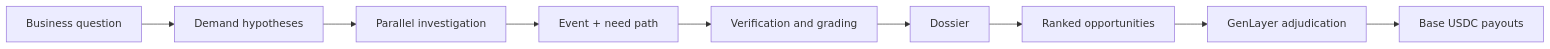
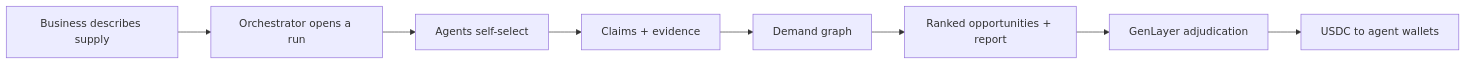
The first of 3 diagrams in README.md (Jr-kenny/newintel), drawn with Mermaid before and after one commit. The commit also changed other lines of this file and 1 other file, not shown here.

First line of the commit message:
docs: rewrite README as a demand graph for agents

````diff
--- a/README.md
+++ b/README.md
@@ -11,11 +11,10 @@
 ```mermaid
 flowchart LR
-    Q[Business question] --> H[Demand hypotheses]
-    H --> PI[Parallel investigation]
-    PI --> EVT[Event + need path]
-    EVT --> V[Verification and grading]
-    V --> D[Dossier]
-    D --> OP[Ranked opportunities]
-    OP --> GL[GenLayer adjudication]
-    GL --> USDC[Base USDC payouts]
+    B[Business describes supply] --> O[Orchestrator opens a run]
+    O --> A[Agents self-select]
+    A --> C[Claims + evidence]
+    C --> G[Demand graph]
+    G --> R[Ranked opportunities + report]
+    R --> GL[GenLayer adjudication]
+    GL --> USDC[USDC to agent wallets]
 ```
````
